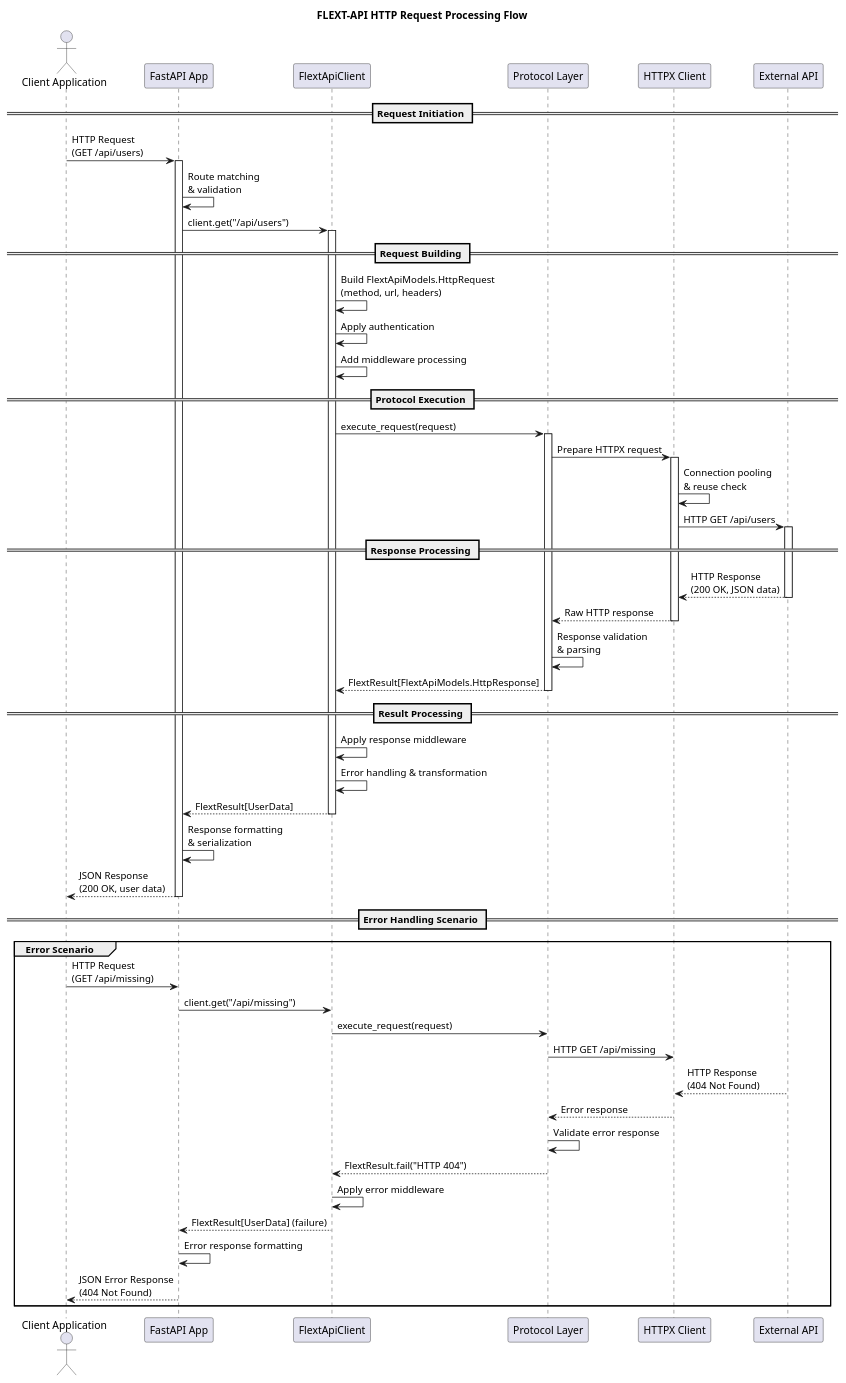
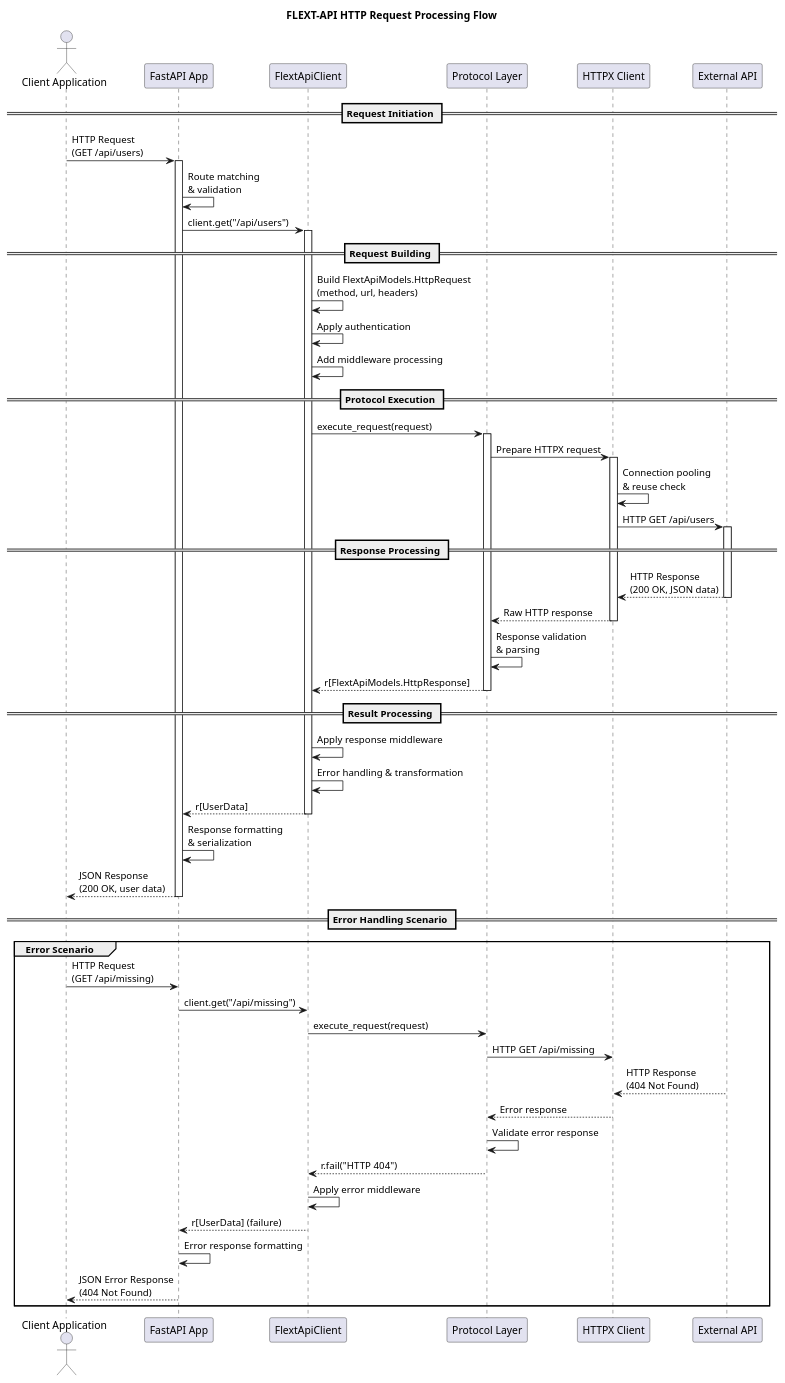
Before and after one commit to flext-sh/flext-api: the diagram in docs/architecture/diagrams/http-request-flow.puml, drawn with PlantUML. The commit also changed 34 other files, not shown here.

```diff
--- a/docs/architecture/diagrams/http-request-flow.puml
+++ b/docs/architecture/diagrams/http-request-flow.puml
@@ -1,76 +1,76 @@
 @startuml HTTP Request Flow
 title FLEXT-API HTTP Request Processing Flow
 
 actor "Client Application" as Client
 participant "FastAPI App" as FastAPI
 participant "FlextApiClient" as ClientLib
 participant "Protocol Layer" as Protocol
 participant "HTTPX Client" as HTTPX
 participant "External API" as External
 
 == Request Initiation ==
 Client -> FastAPI: HTTP Request\n(GET /api/users)
 activate FastAPI
 
 FastAPI -> FastAPI: Route matching\n& validation
 FastAPI -> ClientLib: client.get("/api/users")
 activate ClientLib
 
 == Request Building ==
 ClientLib -> ClientLib: Build FlextApiModels.HttpRequest\n(method, url, headers)
 ClientLib -> ClientLib: Apply authentication
 ClientLib -> ClientLib: Add middleware processing
 
 == Protocol Execution ==
 ClientLib -> Protocol: execute_request(request)
 activate Protocol
 
 Protocol -> HTTPX: Prepare HTTPX request
 activate HTTPX
 
 HTTPX -> HTTPX: Connection pooling\n& reuse check
 HTTPX -> External: HTTP GET /api/users
 activate External
 
 == Response Processing ==
 External --> HTTPX: HTTP Response\n(200 OK, JSON data)
 deactivate External
 
 HTTPX --> Protocol: Raw HTTP response
 deactivate HTTPX
 
 Protocol -> Protocol: Response validation\n& parsing
-Protocol --> ClientLib: FlextResult[FlextApiModels.HttpResponse]
+Protocol --> ClientLib: r[FlextApiModels.HttpResponse]
 deactivate Protocol
 
 == Result Processing ==
 ClientLib -> ClientLib: Apply response middleware
 ClientLib -> ClientLib: Error handling & transformation
-ClientLib --> FastAPI: FlextResult[UserData]
+ClientLib --> FastAPI: r[UserData]
 deactivate ClientLib
 
 FastAPI -> FastAPI: Response formatting\n& serialization
 FastAPI --> Client: JSON Response\n(200 OK, user data)
 deactivate FastAPI
 
 == Error Handling Scenario ==
 group Error Scenario
     Client -> FastAPI: HTTP Request\n(GET /api/missing)
     FastAPI -> ClientLib: client.get("/api/missing")
 
     ClientLib -> Protocol: execute_request(request)
     Protocol -> HTTPX: HTTP GET /api/missing
     External --> HTTPX: HTTP Response\n(404 Not Found)
 
     HTTPX --> Protocol: Error response
     Protocol -> Protocol: Validate error response
-    Protocol --> ClientLib: FlextResult.fail("HTTP 404")
+    Protocol --> ClientLib: r.fail("HTTP 404")
 
     ClientLib -> ClientLib: Apply error middleware
-    ClientLib --> FastAPI: FlextResult[UserData] (failure)
+    ClientLib --> FastAPI: r[UserData] (failure)
 
     FastAPI -> FastAPI: Error response formatting
     FastAPI --> Client: JSON Error Response\n(404 Not Found)
 end
 
 @enduml
```
